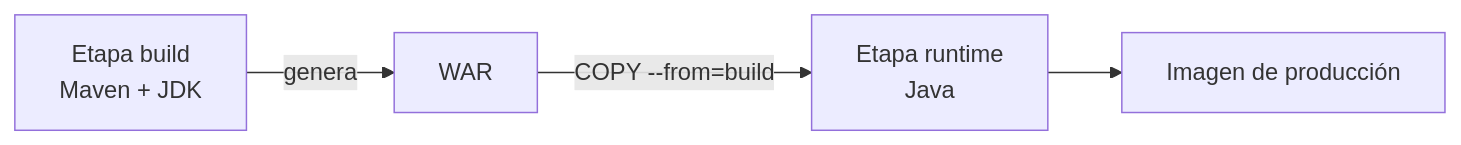
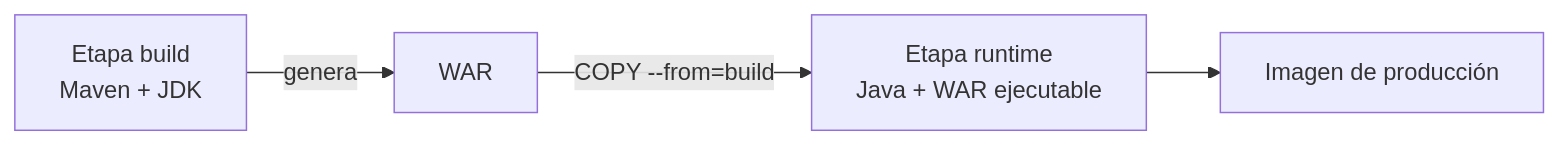
One commit to alejandroroig/despliegue-daw changed the second of 2 diagrams in docs/tema2/imagenes-contenedores.md. Above: the diagram before and after it, drawn with Mermaid. The commit also changed other lines of this file and 36 other files, not shown here.

````diff
--- a/docs/tema2/imagenes-contenedores.md
+++ b/docs/tema2/imagenes-contenedores.md
@@ -271,6 +273,6 @@
 ```mermaid
 flowchart LR
     B["Etapa build<br/>Maven + JDK"] -->|"genera"| A["WAR"]
-    A -->|"COPY --from=build"| R["Etapa runtime<br/>Java"]
+    A -->|"COPY --from=build"| R["Etapa runtime<br/>Java + WAR ejecutable"]
     R --> I["Imagen de producción"]
 ```
````
